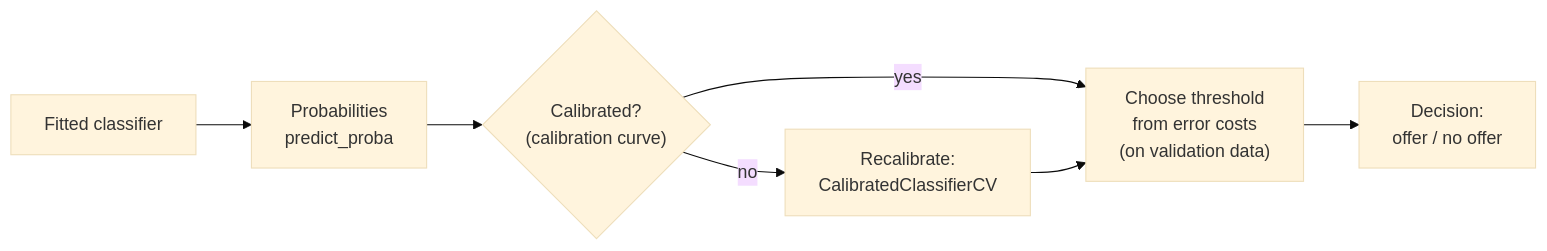
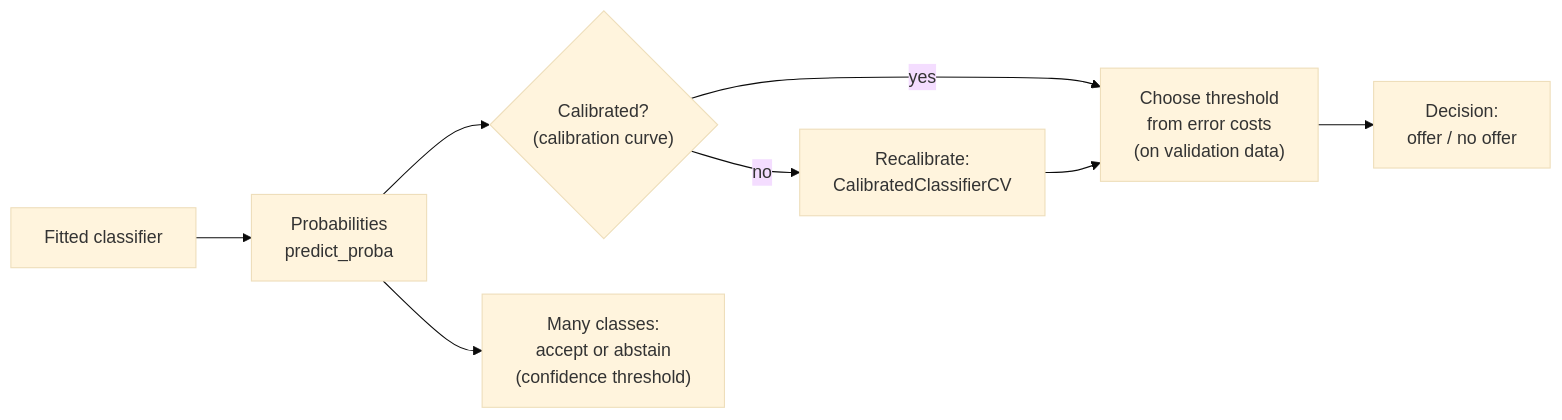
One commit to khoadaniel/statistical-programming-mpmd-htw-ws-2026 changed the diagram in sessions/08-classification-and-metrics/theory/03-thresholds-calibration-leaderboard.md. Above: the diagram before and after it, drawn with Mermaid (base theme). The commit also changed other lines of this file and 268 other files, not shown here.

````diff
--- a/sessions/08-classification-and-metrics/theory/03-thresholds-calibration-leaderboard.md
+++ b/sessions/08-classification-and-metrics/theory/03-thresholds-calibration-leaderboard.md
@@ -7,9 +7,10 @@
 ```mermaid
 flowchart LR
     M["Fitted classifier"] --> P["Probabilities<br/>predict_proba"]
     P --> CAL{"Calibrated?<br/>(calibration curve)"}
     CAL -->|no| FIX["Recalibrate:<br/>CalibratedClassifierCV"]
     CAL -->|yes| TH["Choose threshold<br/>from error costs<br/>(on validation data)"]
     FIX --> TH
     TH --> D["Decision:<br/>offer / no offer"]
+    P --> AB["Many classes:<br/>accept or abstain<br/>(confidence threshold)"]
 ```
````
